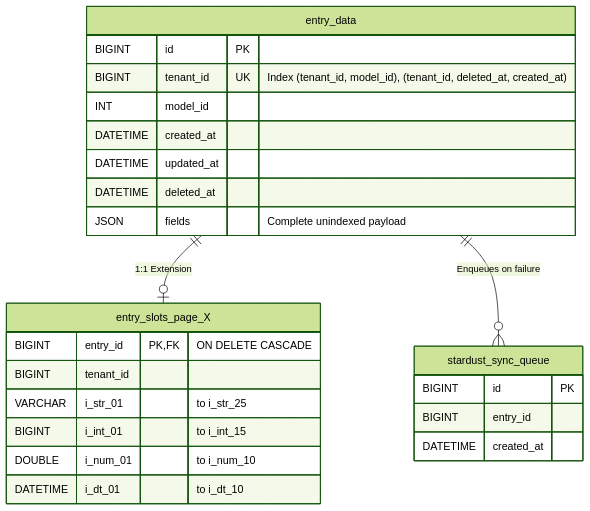
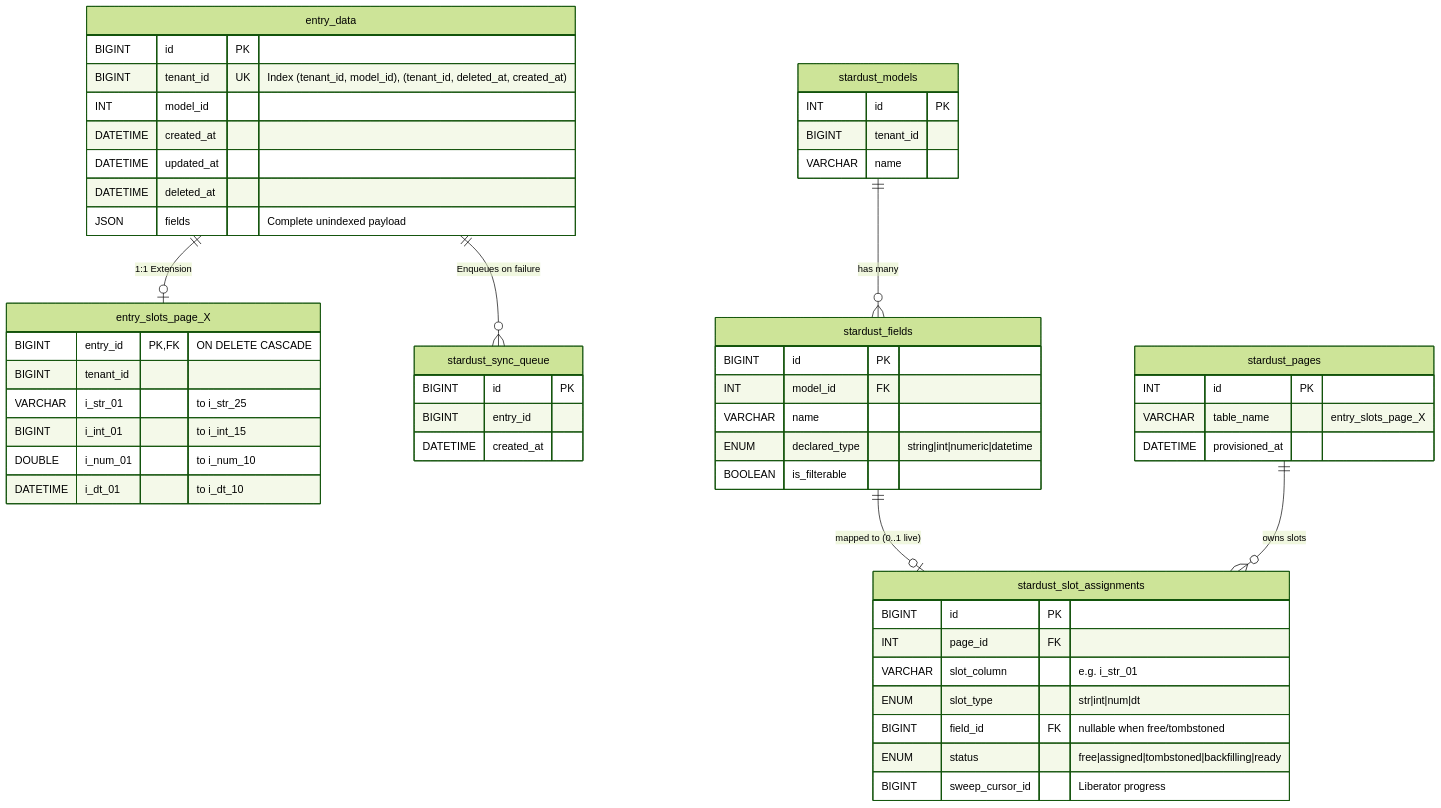
The first of 2 diagrams in schemas/schema_reference.md (damarbob/SDDPG), drawn with Mermaid (forest theme) before and after one commit. The commit also changed other lines of this file and 2 other files, not shown here.

First line of the commit message:
Define Schema Registry and slot lifecycle via ADR 0017

````diff
--- a/schemas/schema_reference.md
+++ b/schemas/schema_reference.md
@@ -8,30 +13,64 @@
 ```mermaid
 erDiagram
     entry_data ||--o| entry_slots_page_X : "1:1 Extension"
     entry_data ||--o{ stardust_sync_queue : "Enqueues on failure"
+
+    stardust_models ||--o{ stardust_fields : "has many"
+    stardust_fields ||--o| stardust_slot_assignments : "mapped to (0..1 live)"
+    stardust_pages ||--o{ stardust_slot_assignments : "owns slots"
 
     entry_data {
         BIGINT id PK
         BIGINT tenant_id UK "Index (tenant_id, model_id), (tenant_id, deleted_at, created_at)"
         INT model_id
         DATETIME created_at
         DATETIME updated_at
         DATETIME deleted_at
         JSON fields "Complete unindexed payload"
     }
 
     entry_slots_page_X {
         BIGINT entry_id PK, FK "ON DELETE CASCADE"
         BIGINT tenant_id
         VARCHAR i_str_01 "to i_str_25"
         BIGINT i_int_01 "to i_int_15"
         DOUBLE i_num_01 "to i_num_10"
         DATETIME i_dt_01 "to i_dt_10"
     }
 
     stardust_sync_queue {
         BIGINT id PK
         BIGINT entry_id
         DATETIME created_at
     }
+
+    stardust_models {
+        INT id PK
+        BIGINT tenant_id
+        VARCHAR name
+    }
+
+    stardust_fields {
+        BIGINT id PK
+        INT model_id FK
+        VARCHAR name
+        ENUM declared_type "string|int|numeric|datetime"
+        BOOLEAN is_filterable
+    }
+
+    stardust_pages {
+        INT id PK
+        VARCHAR table_name "entry_slots_page_X"
+        DATETIME provisioned_at
+    }
+
+    stardust_slot_assignments {
+        BIGINT id PK
+        INT page_id FK
+        VARCHAR slot_column "e.g. i_str_01"
+        ENUM slot_type "str|int|num|dt"
+        BIGINT field_id FK "nullable when free/tombstoned"
+        ENUM status "free|assigned|tombstoned|backfilling|ready"
+        BIGINT sweep_cursor_id "Liberator progress"
+    }
 ```
````
